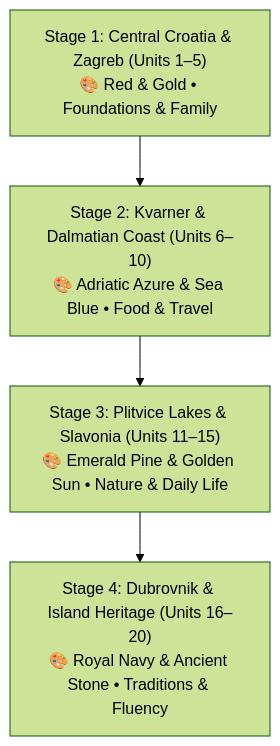
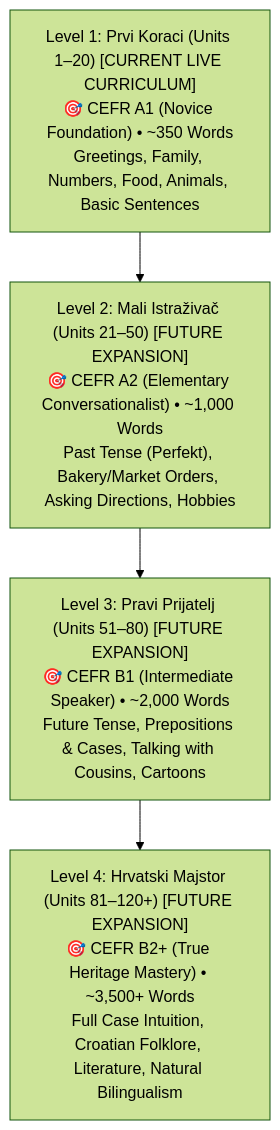
The second of 3 diagrams in docs/DESIGN_SYSTEM.md (AdminPhil/2lingo), drawn with Mermaid (forest theme) before and after one commit. The commit also changed other lines of this file, not shown here.

Commit message:
docs: calibrate CEFR levels and realistic 120-unit roadmap in design system

````diff
--- a/docs/DESIGN_SYSTEM.md
+++ b/docs/DESIGN_SYSTEM.md
@@ -81,6 +87,7 @@
 ```mermaid
 flowchart TD
-    S1["Stage 1: Central Croatia & Zagreb (Units 1–5)<br/>🎨 Red & Gold • Foundations & Family"] --> S2["Stage 2: Kvarner & Dalmatian Coast (Units 6–10)<br/>🎨 Adriatic Azure & Sea Blue • Food & Travel"]
-    S2 --> S3["Stage 3: Plitvice Lakes & Slavonia (Units 11–15)<br/>🎨 Emerald Pine & Golden Sun • Nature & Daily Life"]
-    S3 --> S4["Stage 4: Dubrovnik & Island Heritage (Units 16–20)<br/>🎨 Royal Navy & Ancient Stone • Traditions & Fluency"]
+    L1["Level 1: Prvi Koraci (Units 1–20) [CURRENT LIVE CURRICULUM]<br/>🎯 CEFR A1 (Novice Foundation) • ~350 Words<br/>Greetings, Family, Numbers, Food, Animals, Basic Sentences"] 
+    --> L2["Level 2: Mali Istraživač (Units 21–50) [FUTURE EXPANSION]<br/>🎯 CEFR A2 (Elementary Conversationalist) • ~1,000 Words<br/>Past Tense (Perfekt), Bakery/Market Orders, Asking Directions, Hobbies"]
+    --> L3["Level 3: Pravi Prijatelj (Units 51–80) [FUTURE EXPANSION]<br/>🎯 CEFR B1 (Intermediate Speaker) • ~2,000 Words<br/>Future Tense, Prepositions & Cases, Talking with Cousins, Cartoons"]
+    --> L4["Level 4: Hrvatski Majstor (Units 81–120+) [FUTURE EXPANSION]<br/>🎯 CEFR B2+ (True Heritage Mastery) • ~3,500+ Words<br/>Full Case Intuition, Croatian Folklore, Literature, Natural Bilingualism"]
 ```
````
